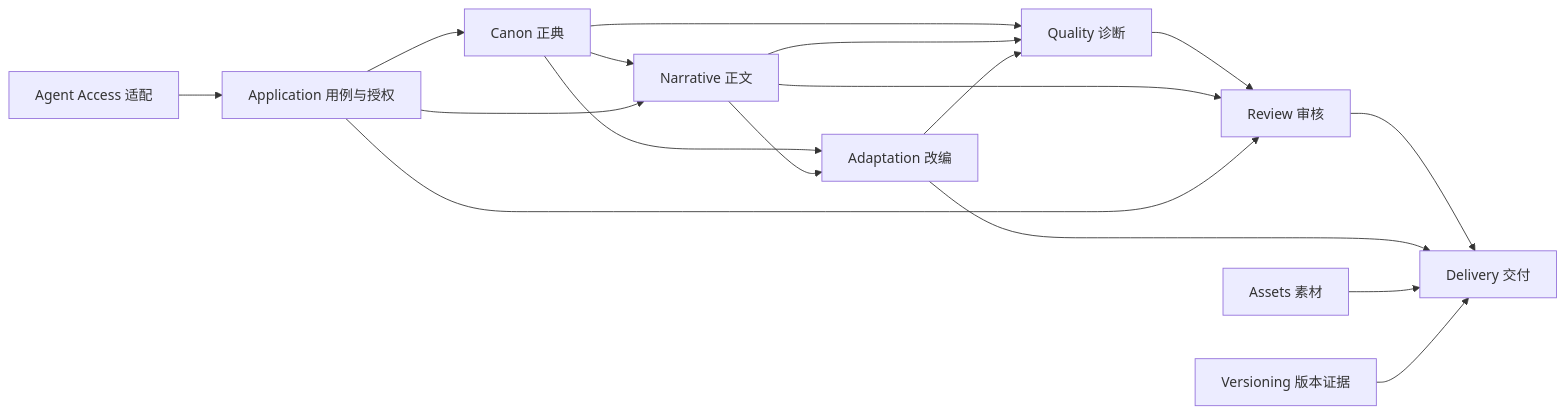
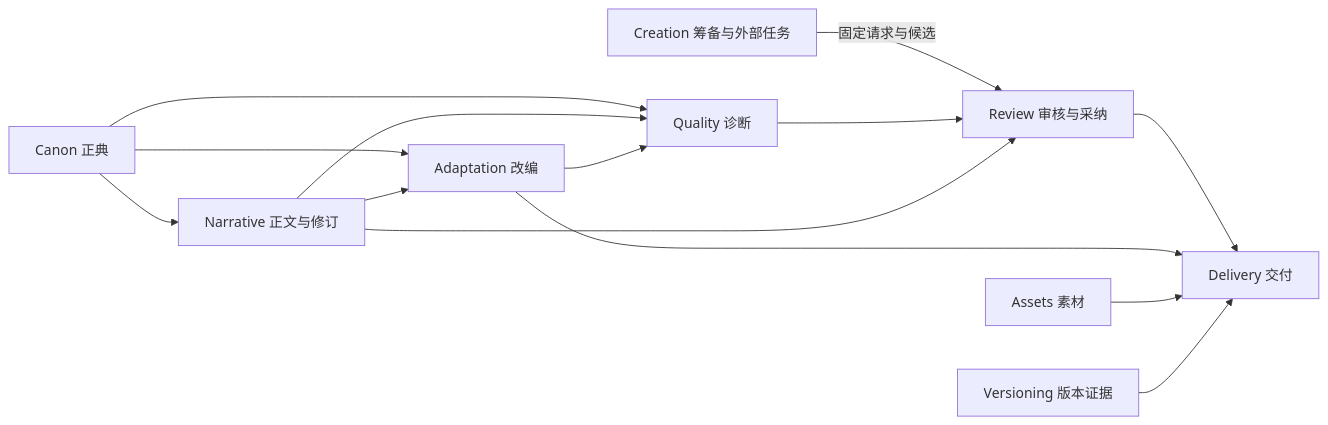
Before and after one commit to limecloud/hetu: the diagram in docs/28-领域设计与边界上下文.md, drawn with Mermaid. The commit also changed other lines of this file and 252 other files, not shown here.

````diff
--- a/docs/28-领域设计与边界上下文.md
+++ b/docs/28-领域设计与边界上下文.md
@@ -38,19 +50,16 @@
 ```mermaid
 flowchart LR
-    canon["Canon 正典"] --> narrative["Narrative 正文"]
+    creation["Creation 筹备与外部任务"] -->|"固定请求与候选"| review["Review 审核与采纳"]
+    canon["Canon 正典"] --> narrative["Narrative 正文与修订"]
     canon --> adaptation["Adaptation 改编"]
     narrative --> adaptation
     canon --> quality["Quality 诊断"]
     narrative --> quality
     adaptation --> quality
-    quality --> review["Review 审核"]
+    quality --> review
     narrative --> review
     review --> delivery["Delivery 交付"]
     adaptation --> delivery
     assets["Assets 素材"] --> delivery
     versioning["Versioning 版本证据"] --> delivery
-    access["Agent Access 适配"] --> application["Application 用例与授权"]
-    application --> canon
-    application --> narrative
-    application --> review
 ```
````
